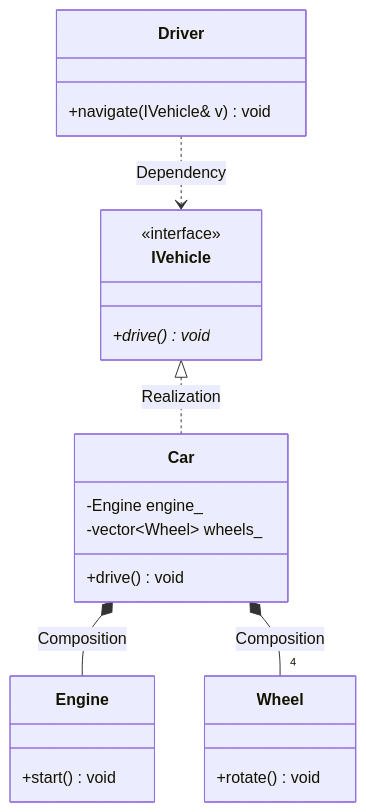
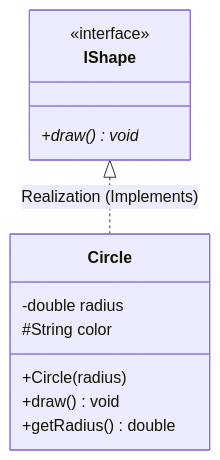
One commit to Sujalkathait/low-level-design- changed the first of 3 diagrams in 03-UML-AND-MODELING/README.md. Above: the diagram before and after it, drawn with Mermaid. The commit also changed other lines of this file and 4 other files, not shown here.

````diff
--- a/03-UML-AND-MODELING/README.md
+++ b/03-UML-AND-MODELING/README.md
@@ -47,26 +35,17 @@
 ```mermaid
 classDiagram
-    class Engine {
-        +start() void
+    class IShape {
+        <<interface>>
+        +draw()* void
     }
-    class Wheel {
-        +rotate() void
+    
+    class Circle {
+        -double radius
+        #String color
+        +Circle(radius)
+        +draw() void
+        +getRadius() double
     }
-    class IVehicle {
-        <<interface>>
-        +drive()* void
-    }
-    class Car {
-        -Engine engine_
-        -vector~Wheel~ wheels_
-        +drive() void
-    }
-    class Driver {
-        +navigate(IVehicle& v) void
-    }
-
-    IVehicle <|.. Car : Realization
-    Car *-- Engine : Composition
-    Car *-- "4" Wheel : Composition
-    Driver ..> IVehicle : Dependency
+    
+    IShape <|.. Circle : Realization (Implements)
 ```
````
